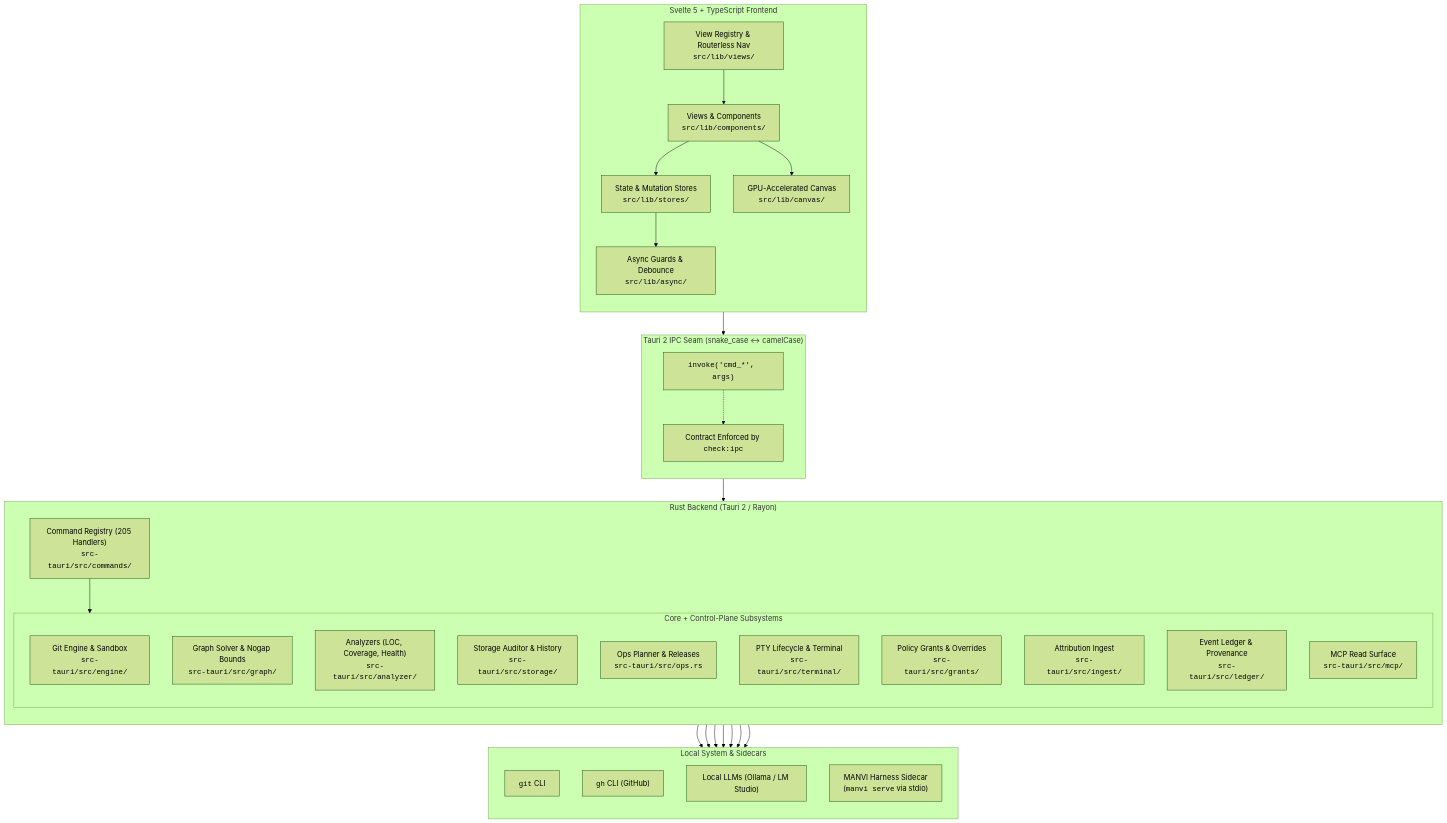
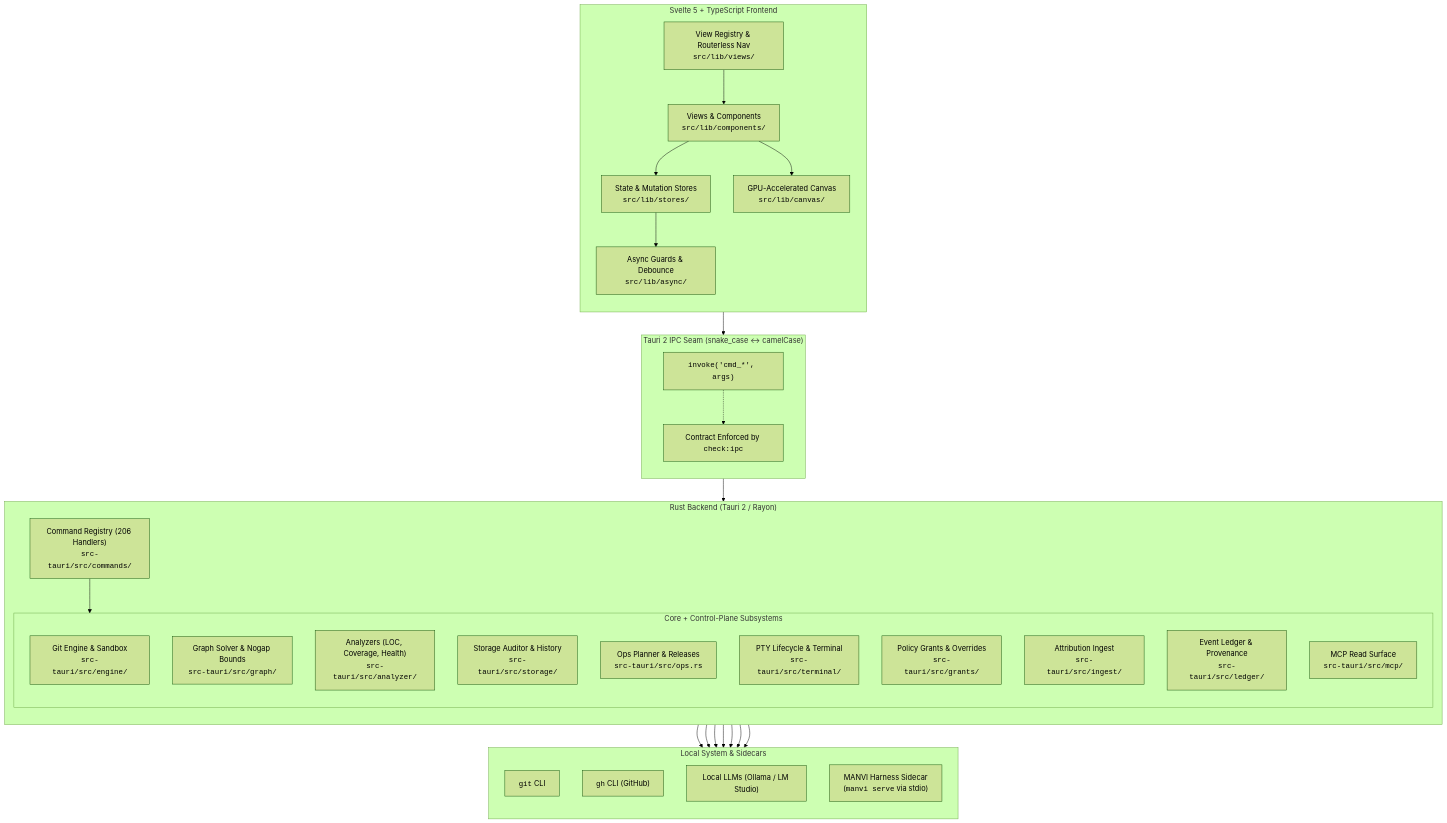
One commit to bharathvbcr/GitPulse changed the first of 4 diagrams in docs/ARCHITECTURE.md. Above: the diagram before and after it, drawn with Mermaid (forest theme). The commit also changed other lines of this file and 104 other files, not shown here.

````diff
--- a/docs/ARCHITECTURE.md
+++ b/docs/ARCHITECTURE.md
@@ -5,61 +5,61 @@
 ```mermaid
 flowchart TB
     subgraph Frontend["Svelte 5 + TypeScript Frontend"]
         direction TB
         UI["Views & Components<br/><code>src/lib/components/</code>"]
         Stores["State & Mutation Stores<br/><code>src/lib/stores/</code>"]
         Registry["View Registry & Routerless Nav<br/><code>src/lib/views/</code>"]
         Canvas["GPU-Accelerated Canvas<br/><code>src/lib/canvas/</code>"]
         Async["Async Guards & Debounce<br/><code>src/lib/async/</code>"]
         
         UI --> Stores
         UI --> Canvas
         Stores --> Async
         Registry --> UI
     end
 
     subgraph IPC["Tauri 2 IPC Seam (snake_case ↔ camelCase)"]
         direction TB
         Invoke["<code>invoke('cmd_*', args)</code>"]
         ContractCheck["Contract Enforced by <code>check:ipc</code>"]
         Invoke -.-> ContractCheck
     end
 
     subgraph Backend["Rust Backend (Tauri 2 / Rayon)"]
         direction TB
-        CmdRegistry["Command Registry (205 Handlers)<br/><code>src-tauri/src/commands/</code>"]
+        CmdRegistry["Command Registry (206 Handlers)<br/><code>src-tauri/src/commands/</code>"]
         
         subgraph Subsystems["Core + Control-Plane Subsystems"]
             GitEngine["Git Engine & Sandbox<br/><code>src-tauri/src/engine/</code>"]
             GraphSolver["Graph Solver & Nogap Bounds<br/><code>src-tauri/src/graph/</code>"]
             Analyzers["Analyzers (LOC, Coverage, Health)<br/><code>src-tauri/src/analyzer/</code>"]
             StorageAuditor["Storage Auditor & History<br/><code>src-tauri/src/storage/</code>"]
             OpsPlanner["Ops Planner & Releases<br/><code>src-tauri/src/ops.rs</code>"]
             PtyTerminal["PTY Lifecycle & Terminal<br/><code>src-tauri/src/terminal/</code>"]
             Grants["Policy Grants & Overrides<br/><code>src-tauri/src/grants/</code>"]
             Ingest["Attribution Ingest<br/><code>src-tauri/src/ingest/</code>"]
             Ledger["Event Ledger & Provenance<br/><code>src-tauri/src/ledger/</code>"]
             MCP["MCP Read Surface<br/><code>src-tauri/src/mcp/</code>"]
         end
         
         CmdRegistry --> Subsystems
     end
 
     subgraph External["Local System & Sidecars"]
         direction TB
         LocalGit["<code>git</code> CLI"]
         LocalGh["<code>gh</code> CLI (GitHub)"]
         LocalLLM["Local LLMs (Ollama / LM Studio)"]
         ManviSidecar["MANVI Harness Sidecar<br/>(<code>manvi serve</code> via stdio)"]
     end
 
     Async --> Invoke
     Invoke --> CmdRegistry
     GitEngine --> LocalGit
     Analyzers --> LocalGit
     Analyzers --> LocalGh
     Analyzers --> LocalLLM
     OpsPlanner --> LocalGh
     OpsPlanner --> ManviSidecar
     Subsystems --> ManviSidecar
 ```
````
